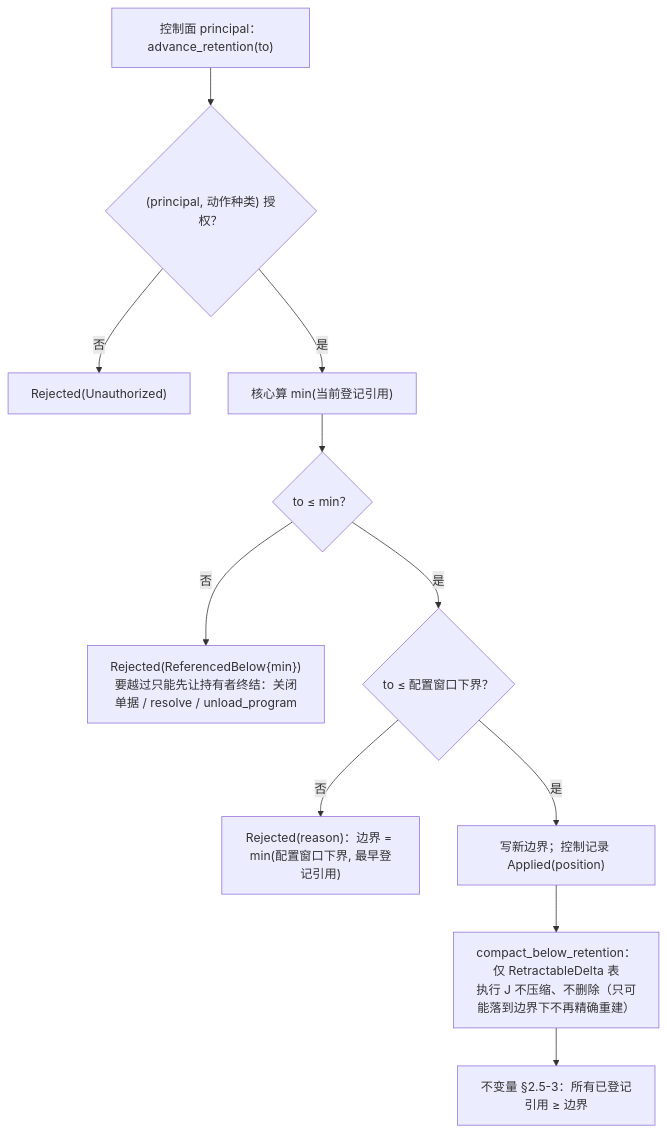
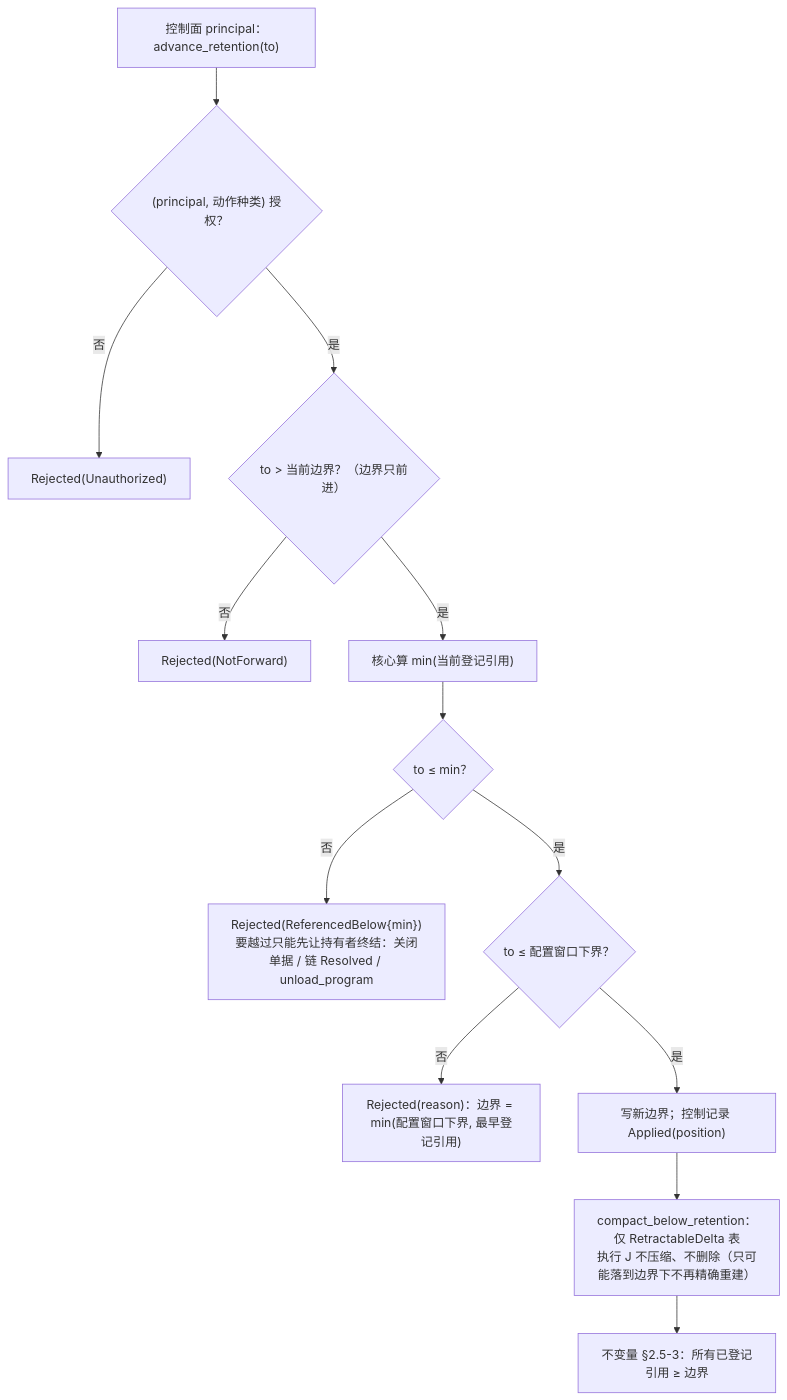
The second of 3 diagrams in design/diagrams/08-retention-and-references.md (mouriya-s-lab/uta), drawn with Mermaid before and after one commit. The commit also changed other lines of this file and 10 other files, not shown here.

````diff
--- a/design/diagrams/08-retention-and-references.md
+++ b/design/diagrams/08-retention-and-references.md
@@ -47,13 +47,15 @@
 ```mermaid
 flowchart TB
   OP["控制面 principal：advance_retention(to)"] --> AUTH{"(principal, 动作种类) 授权？"}
   AUTH -->|"否"| U["Rejected(Unauthorized)"]
-  AUTH -->|"是"| MIN["核心算 min(当前登记引用)"]
+  AUTH -->|"是"| MONO{"to > 当前边界？（边界只前进）"}
+  MONO -->|"否"| RJ0["Rejected(NotForward)"]
+  MONO -->|"是"| MIN["核心算 min(当前登记引用)"]
   MIN --> CMP{"to ≤ min？"}
-  CMP -->|"否"| RJ["Rejected(ReferencedBelow{min})<br/>要越过只能先让持有者终结：关闭单据 / resolve / unload_program"]
+  CMP -->|"否"| RJ["Rejected(ReferencedBelow{min})<br/>要越过只能先让持有者终结：关闭单据 / 链 Resolved / unload_program"]
   CMP -->|"是"| WIN{"to ≤ 配置窗口下界？"}
   WIN -->|"否"| RJ2["Rejected(reason)：边界 = min(配置窗口下界, 最早登记引用)"]
   WIN -->|"是"| APPLY["写新边界；控制记录 Applied(position)"]
   APPLY --> COMPACT["compact_below_retention：仅 RetractableDelta 表<br/>执行 J 不压缩、不删除（只可能落到边界下不再精确重建）"]
   COMPACT --> INV["不变量 §2.5-3：所有已登记引用 ≥ 边界"]
 ```
````
